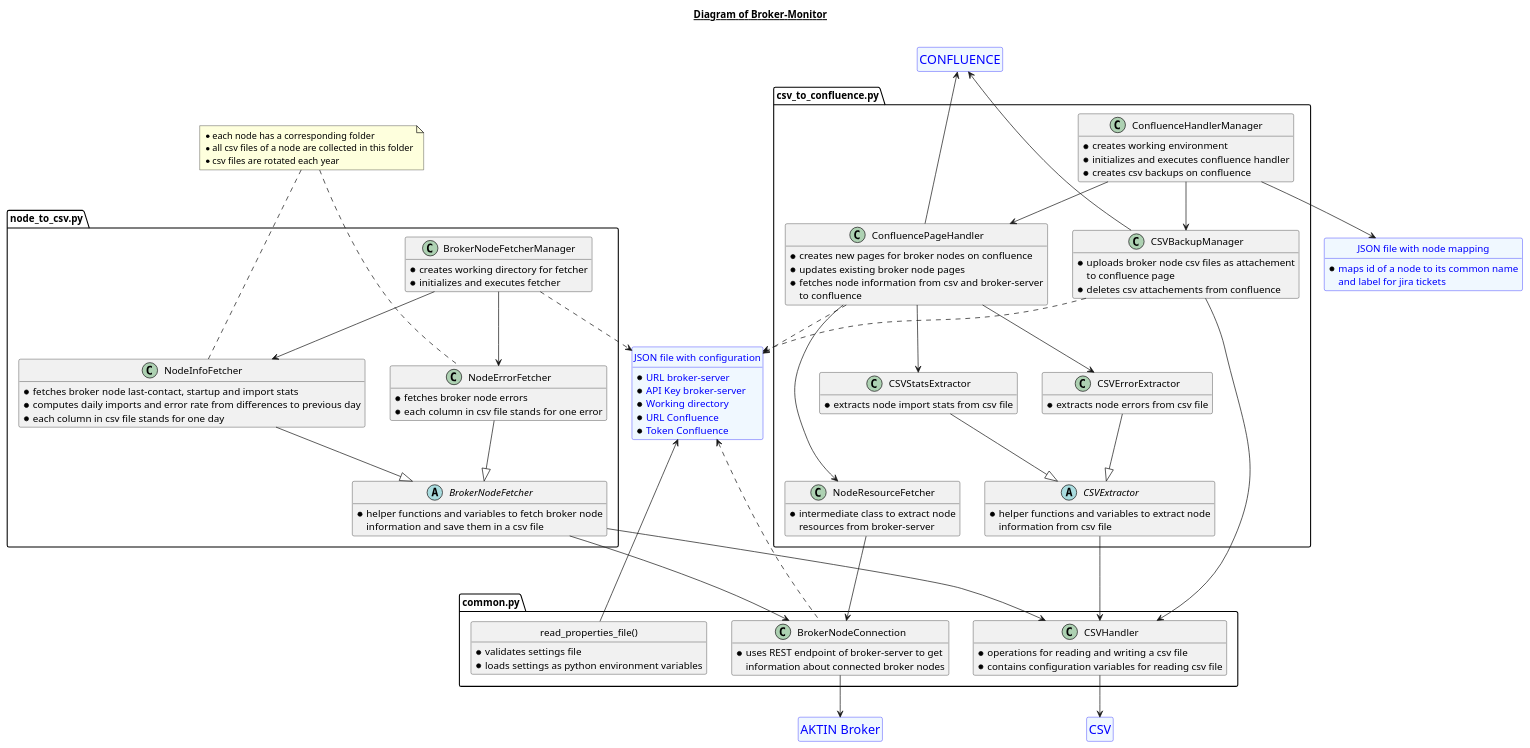
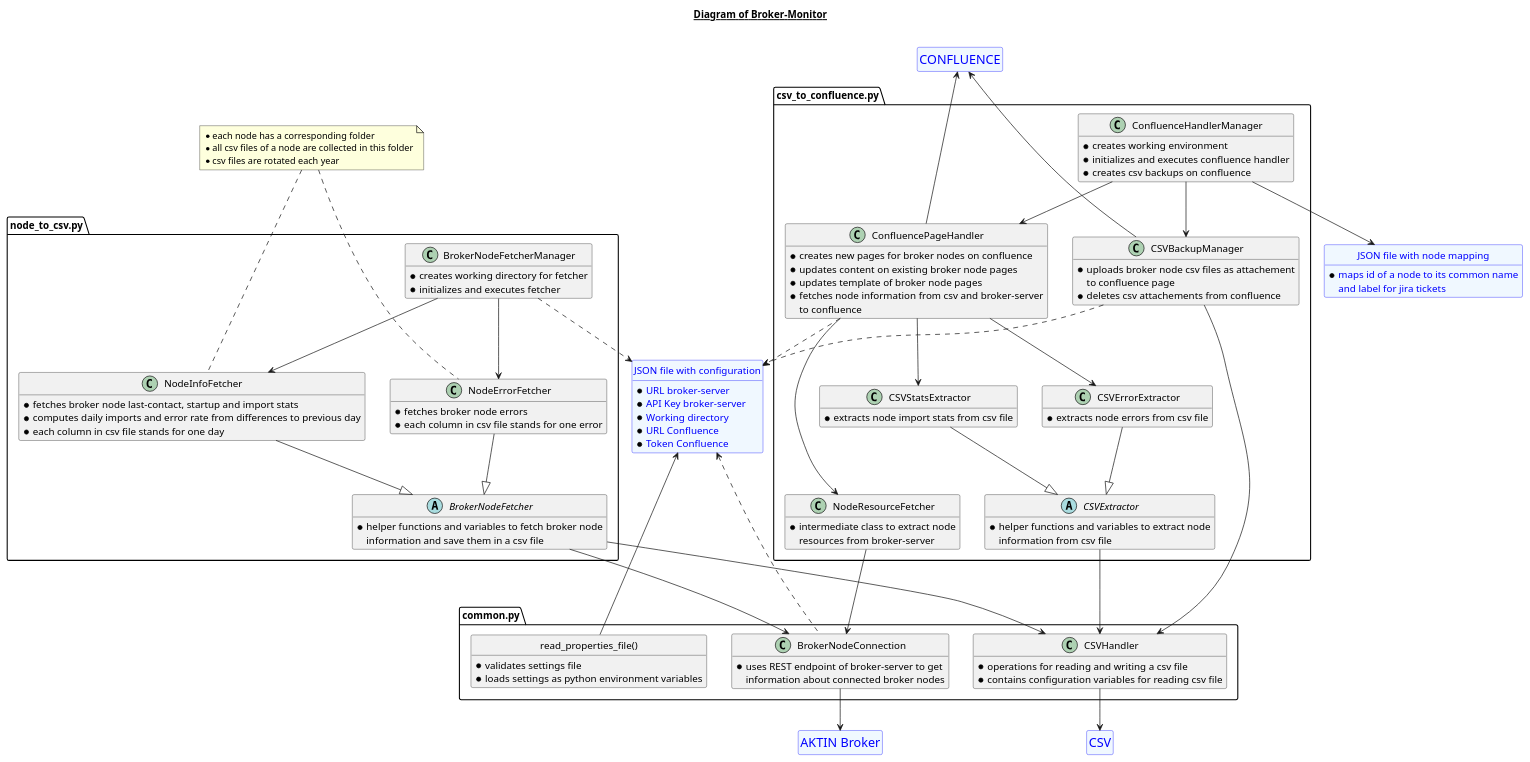
One commit to alexkombie/AKTIN_broker_monitor changed the diagram in docs/architecture/broker-monitor.puml. Above: the diagram before and after it, drawn with PlantUML.

Commit message:
updated architecture

```diff
--- a/docs/architecture/broker-monitor.puml
+++ b/docs/architecture/broker-monitor.puml
@@ -1,151 +1,152 @@
 @startuml
 hide methods
 
 title __Diagram of Broker-Monitor__\n
 
 entity "<size:18>AKTIN Broker</size>" as broker
 entity broker #aliceblue;line:blue;text:blue
 hide broker members
 hide broker circle
 
 entity "<size:18>CSV</size>" as csv
 entity csv #aliceblue;line:blue;text:blue
 hide csv members
 hide csv circle
 
 entity "<size:18>CONFLUENCE</size>" as confluence
 entity confluence #aliceblue;line:blue;text:blue
 hide confluence members
 hide confluence circle
 
 entity "JSON file with configuration" as settings {
 * URL broker-server
 * API Key broker-server
 * Working directory
 * URL Confluence
 * Token Confluence
 }
 entity settings #aliceblue;line:blue;text:blue
 hide settings circle
 
 entity "JSON file with node mapping" as mapping {
 * maps id of a node to its common name
 and label for jira tickets
 }
 entity mapping #aliceblue;line:blue;text:blue
 hide mapping circle
 
 package "node_to_csv.py" as node_to_csv <<Package>> {
 class BrokerNodeFetcherManager {
 * creates working directory for fetcher
 * initializes and executes fetcher
 }
 
 abstract class BrokerNodeFetcher {
 * helper functions and variables to fetch broker node
 information and save them in a csv file
 }
 
 class NodeErrorFetcher {
 * fetches broker node errors
 * each column in csv file stands for one error
 }
 
 class NodeInfoFetcher {
 * fetches broker node last-contact, startup and import stats
 * computes daily imports and error rate from differences to previous day
 * each column in csv file stands for one day
 }
 }
 
 package "common.py" as common <<Package>> {
 class "read_properties_file()" as read_properties {
 * validates settings file
 * loads settings as python environment variables
 }
 hide read_properties circle
 
 class BrokerNodeConnection {
 * uses REST endpoint of broker-server to get
 information about connected broker nodes
 }
 
 class CSVHandler {
 * operations for reading and writing a csv file
 * contains configuration variables for reading csv file
 }
 }
 
 package "csv_to_confluence.py" as csv_to_confluence {
 abstract class CSVExtractor {
 * helper functions and variables to extract node
 information from csv file
 }
 
 class CSVStatsExtractor {
 * extracts node import stats from csv file
 }
 
 class CSVErrorExtractor {
 * extracts node errors from csv file
 }
 
 class CSVBackupManager {
 * uploads broker node csv files as attachement
 to confluence page
 * deletes csv attachements from confluence
 }
 
 class NodeResourceFetcher {
 * intermediate class to extract node
 resources from broker-server
 }
 
 class ConfluencePageHandler {
 * creates new pages for broker nodes on confluence
-* updates existing broker node pages
+* updates content on existing broker node pages
+* updates template of broker node pages
 * fetches node information from csv and broker-server
 to confluence
 }
 
 class ConfluenceHandlerManager {
 * creates working environment
 * initializes and executes confluence handler
 * creates csv backups on confluence
 }
 }
 
 note "* each node has a corresponding folder\n* all csv files of a node are collected in this folder\n* csv files are rotated each year" as N1
 NodeErrorFetcher .u.. N1
 NodeInfoFetcher .u.. N1
 
 BrokerNodeFetcherManager ..> settings
 BrokerNodeFetcherManager --> NodeInfoFetcher
 BrokerNodeFetcherManager --> NodeErrorFetcher
 NodeInfoFetcher --|> BrokerNodeFetcher
 NodeErrorFetcher --|> BrokerNodeFetcher
 BrokerNodeFetcher ---> CSVHandler
 BrokerNodeFetcher ---> BrokerNodeConnection
 
 ConfluenceHandlerManager --> CSVBackupManager
 ConfluenceHandlerManager --> ConfluencePageHandler
 ConfluenceHandlerManager --> mapping
 CSVBackupManager --> CSVHandler
 CSVBackupManager -u--> confluence
 CSVBackupManager ..> settings
 ConfluencePageHandler -u--> confluence
 ConfluencePageHandler ..> settings
 ConfluencePageHandler ---> NodeResourceFetcher
 NodeResourceFetcher ---> BrokerNodeConnection
 ConfluencePageHandler --> CSVErrorExtractor
 ConfluencePageHandler --> CSVStatsExtractor
 CSVStatsExtractor --|> CSVExtractor
 CSVErrorExtractor --|> CSVExtractor
 CSVExtractor --> CSVHandler
 
 read_properties -u-> settings
 CSVHandler --> csv
 BrokerNodeConnection --> broker
 BrokerNodeConnection .u.> settings
 
 @enduml
```
